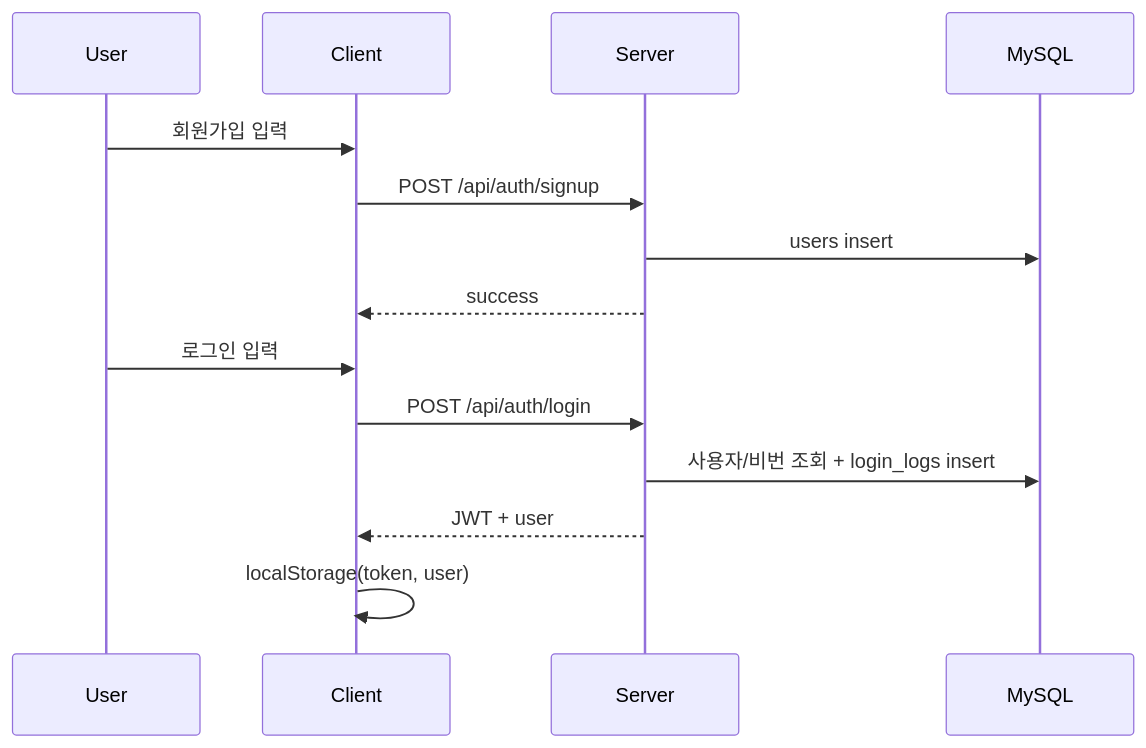
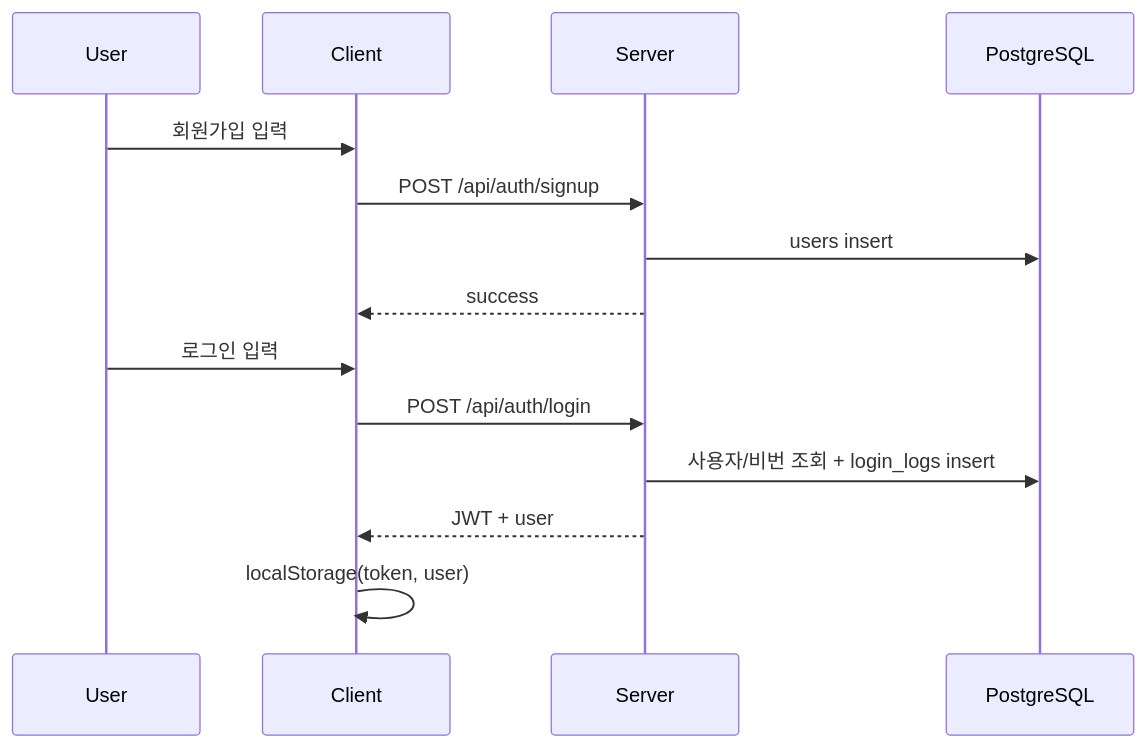
Before and after one commit to thusja/travelflow: the first of 5 diagrams in docs/workflow.md, drawn with Mermaid. The commit also changed other lines of this file and 4 other files, not shown here.

````diff
--- a/docs/workflow.md
+++ b/docs/workflow.md
@@ -36,18 +36,18 @@
 ```mermaid
 sequenceDiagram
   participant U as User
   participant C as Client
   participant S as Server
-  participant DB as MySQL
+  participant DB as PostgreSQL
 
   U->>C: 회원가입 입력
   C->>S: POST /api/auth/signup
   S->>DB: users insert
   S-->>C: success
 
   U->>C: 로그인 입력
   C->>S: POST /api/auth/login
   S->>DB: 사용자/비번 조회 + login_logs insert
   S-->>C: JWT + user
   C->>C: localStorage(token, user)
 ```
````
